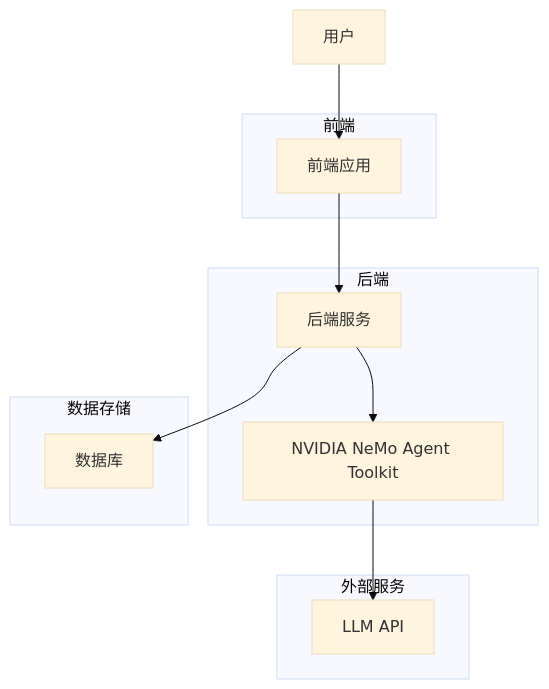
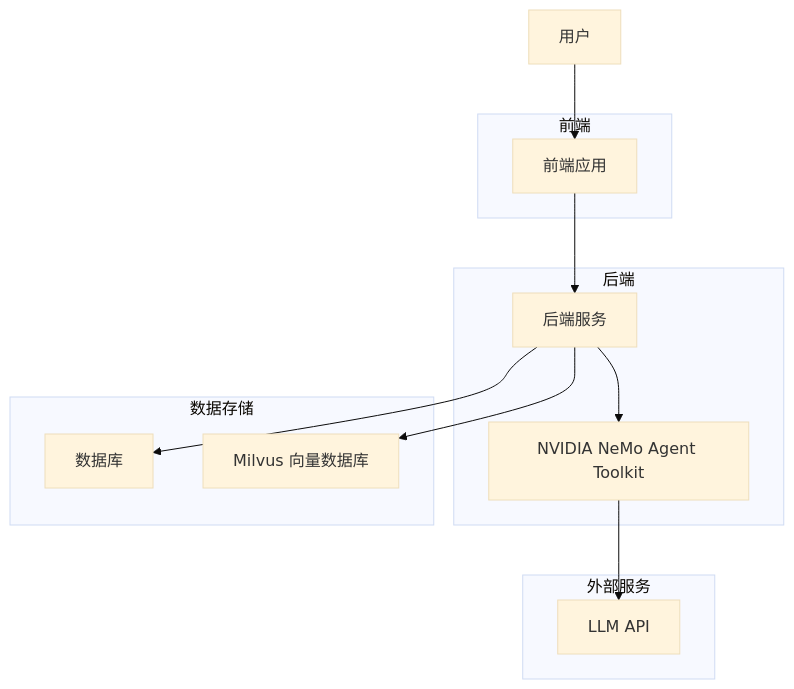
The first of 6 diagrams in docs/architecture.md (wzp-123777/Mul_in_ONE), drawn with Mermaid (base theme) before and after one commit. The commit also changed other lines of this file and 14 other files, not shown here.

````diff
--- a/docs/architecture.md
+++ b/docs/architecture.md
@@ -31,25 +33,27 @@
 ```mermaid
 graph TD
     A[用户] --> B[前端应用]
     B --> C[后端服务]
     C --> D[数据库]
     C --> E[NVIDIA NeMo Agent Toolkit]
+    C --> M[Milvus 向量数据库]
     E --> F[LLM API]
     
     subgraph 前端
         B
     end
     
     subgraph 后端
         C
         E
     end
     
     subgraph 外部服务
         F
     end
     
     subgraph 数据存储
         D
+        M
     end
 ```
````
